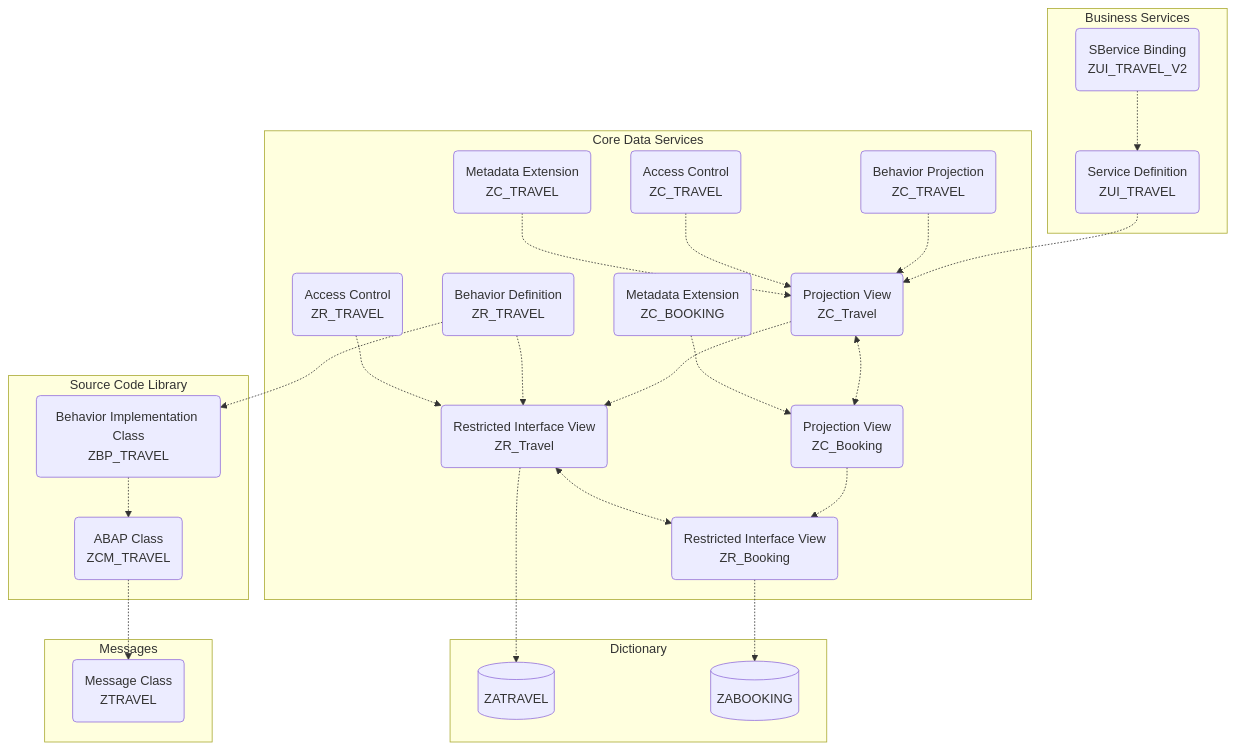
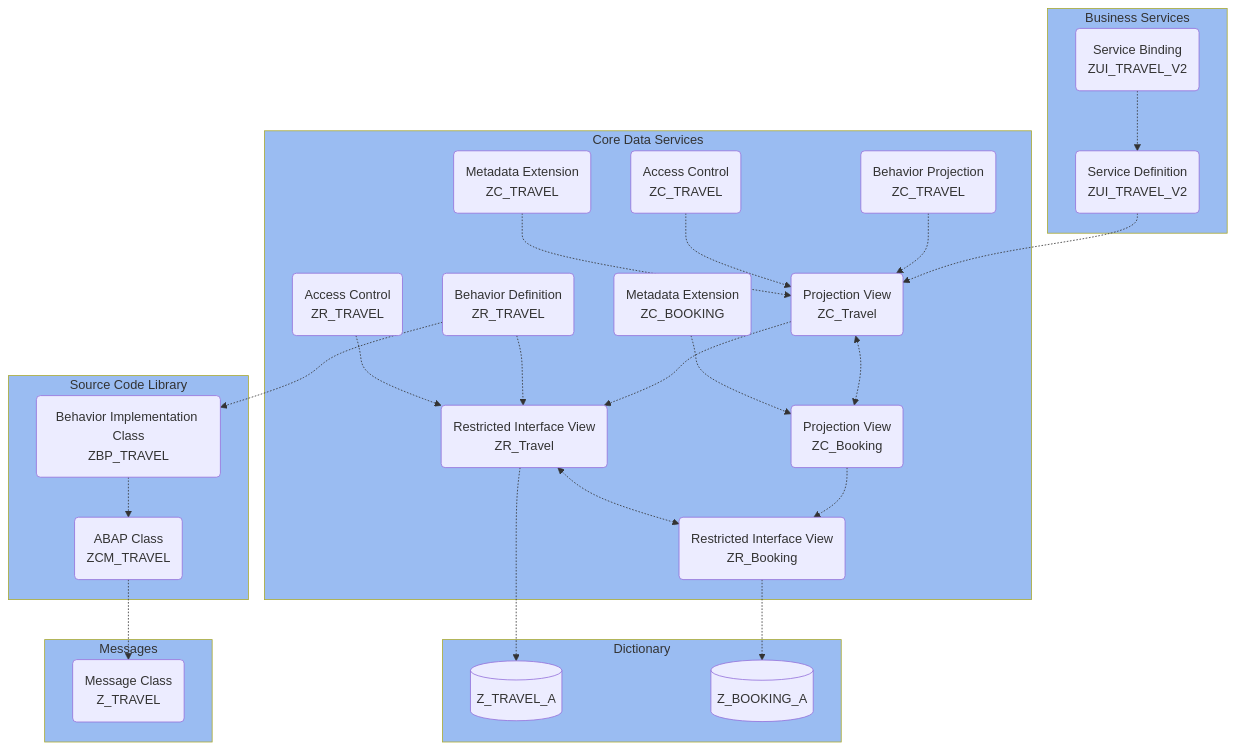
Before and after one commit to appenmaier/s4hana: the diagram in docs/rap-cookbook/introduction.md, drawn with Mermaid. The commit also changed 15 other files, not shown here.

Commit message:
update cookbook and mermaid

````diff
--- a/docs/rap-cookbook/introduction.md
+++ b/docs/rap-cookbook/introduction.md
@@ -9,56 +9,62 @@
 ```mermaid
 flowchart
     zuitravelv2 -.-> zuitravel
     zuitravel -.-> zctravel
     zctravel <-.-> zcbooking
     zctravel -.-> zrtravel
     zcbooking -.-> zrbooking
     zrtravel <-.-> zrbooking
-    zrtravel -.-> zatravel
-    zrbooking -.-> zabooking
+    zrtravel -.-> ztravela
+    zrbooking -.-> zbookinga
     zrtravelBD -.-> zrtravel
     zctravelBP -.-> zctravel
     zrtravelAC -.-> zrtravel
     zctravelAC -.-> zctravel
     zctravelME -.-> zctravel
     zcbookingME -.-> zcbooking
     zrtravelBD -.-> zbptravel
     zbptravel -.-> zcmtravel
     zcmtravel -.-> ztravel
 
     subgraph Dictionary
-        zatravel[(ZATRAVEL)]
-        zabooking[(ZABOOKING)]
+        ztravela[(Z_TRAVEL_A)]
+        zbookinga[(Z_BOOKING_A)]
     end
 
     subgraph Messages
-        ztravel(Message Class\nZTRAVEL)
+        ztravel(Message Class\nZ_TRAVEL)
     end
 
-    subgraph Core Data Services
+    subgraph Core&#160Data&#160Services
         zrtravel(Restricted Interface View\nZR_Travel)
         zrbooking(Restricted Interface View\nZR_Booking)
 
         zctravel(Projection View\nZC_Travel)
         zcbooking(Projection View\nZC_Booking)
 
         zrtravelBD(Behavior Definition\nZR_TRAVEL)
         zctravelBP(Behavior Projection\nZC_TRAVEL)
 
         zrtravelAC(Access Control\nZR_TRAVEL)
         zctravelAC(Access Control\nZC_TRAVEL)
 
         zctravelME(Metadata Extension\nZC_TRAVEL)
         zcbookingME(Metadata Extension\nZC_BOOKING)
     end
 
-    subgraph Business Services
-        zuitravel(Service Definition\nZUI_TRAVEL)
-        zuitravelv2(SBervice Binding\nZUI_TRAVEL_V2)
+    subgraph Business&#160Services
+        zuitravel(Service Definition\nZUI_TRAVEL_V2)
+        zuitravelv2(Service Binding\nZUI_TRAVEL_V2)
     end
 
-    subgraph Source Code Library
+    subgraph Source&#160Code&#160Library
         zbptravel(Behavior Implementation Class\nZBP_TRAVEL)
         zcmtravel(ABAP Class\nZCM_TRAVEL)
     end
+
+    style Business&#160Services fill:#9abcf2
+    style Source&#160Code&#160Library fill:#9abcf2
+    style Core&#160Data&#160Services fill:#9abcf2
+    style Dictionary fill:#9abcf2
+    style Messages fill:#9abcf2
 ```
````
